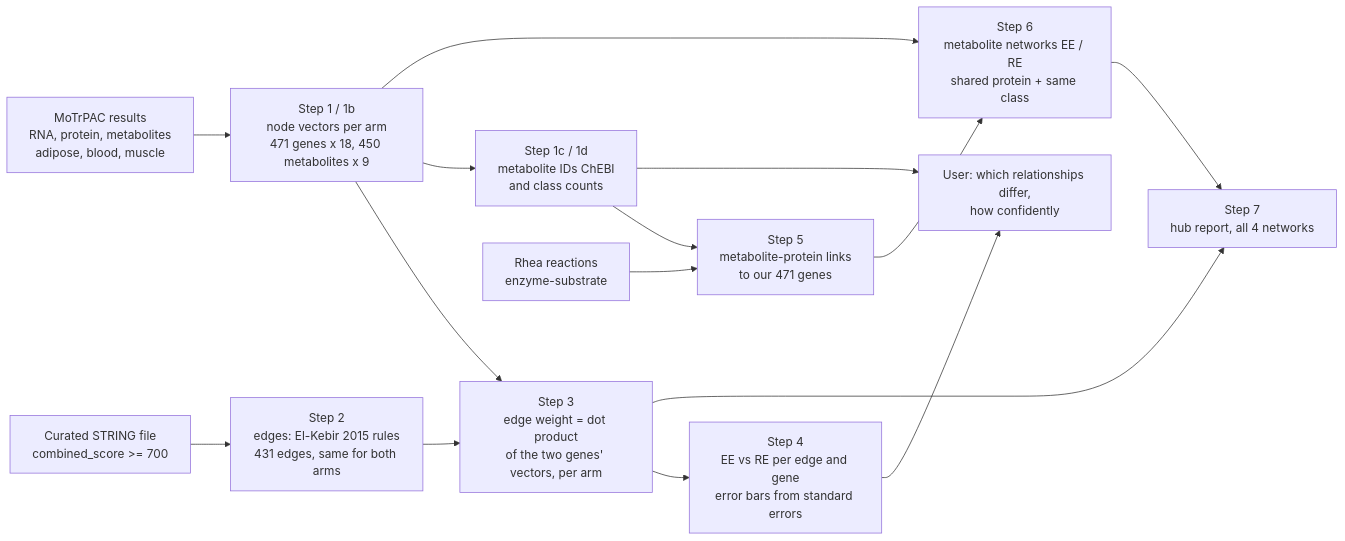
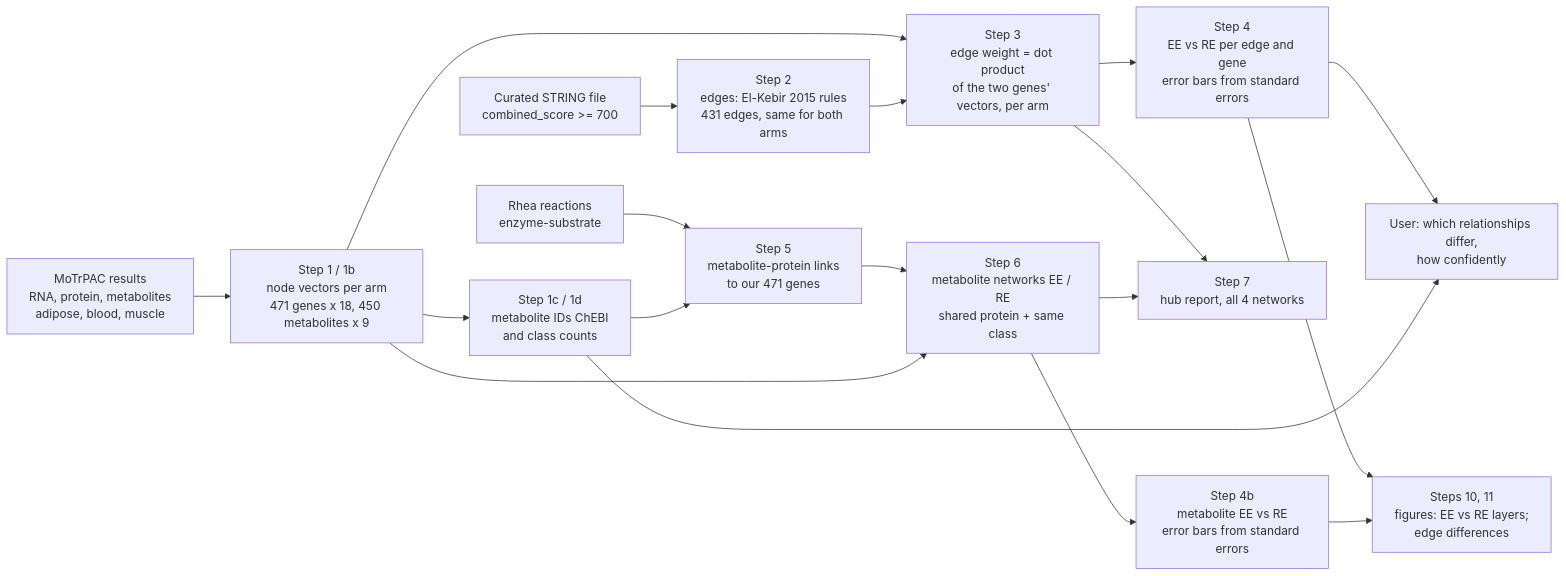
The diagram in network/README.md (Stanford-Bioinformatics-Center/multiomics-hackathon-2026-track-1), drawn with Mermaid before and after one commit. The commit also changed other lines of this file and 1 other file, not shown here.

First line of the commit message:
Add step 11: edge-difference networks (w_EE - w_RE) for genes and metabolites

````diff
--- a/network/README.md
+++ b/network/README.md
@@ -43,17 +43,20 @@
 ```mermaid
 flowchart LR
   A[MoTrPAC results<br/>RNA, protein, metabolites<br/>adipose, blood, muscle] --> B[Step 1 / 1b<br/>node vectors per arm<br/>471 genes x 18, 450 metabolites x 9]
   S[Curated STRING file<br/>combined_score >= 700] --> C[Step 2<br/>edges: El-Kebir 2015 rules<br/>431 edges, same for both arms]
   B --> D[Step 3<br/>edge weight = dot product<br/>of the two genes' vectors, per arm]
   C --> D
   D --> E[Step 4<br/>EE vs RE per edge and gene<br/>error bars from standard errors]
   B --> F[Step 1c / 1d<br/>metabolite IDs ChEBI<br/>and class counts]
   E --> U[User: which relationships differ,<br/>how confidently]
   R[Rhea reactions<br/>enzyme-substrate] --> G[Step 5<br/>metabolite-protein links<br/>to our 471 genes]
   F --> G
   G --> H[Step 6<br/>metabolite networks EE / RE<br/>shared protein + same class]
   B --> H
   D --> K[Step 7<br/>hub report, all 4 networks]
   H --> K
+  H --> M[Step 4b<br/>metabolite EE vs RE<br/>error bars from standard errors]
+  E --> P[Steps 10, 11<br/>figures: EE vs RE layers;<br/>edge differences]
+  M --> P
   F --> U
 ```
````
